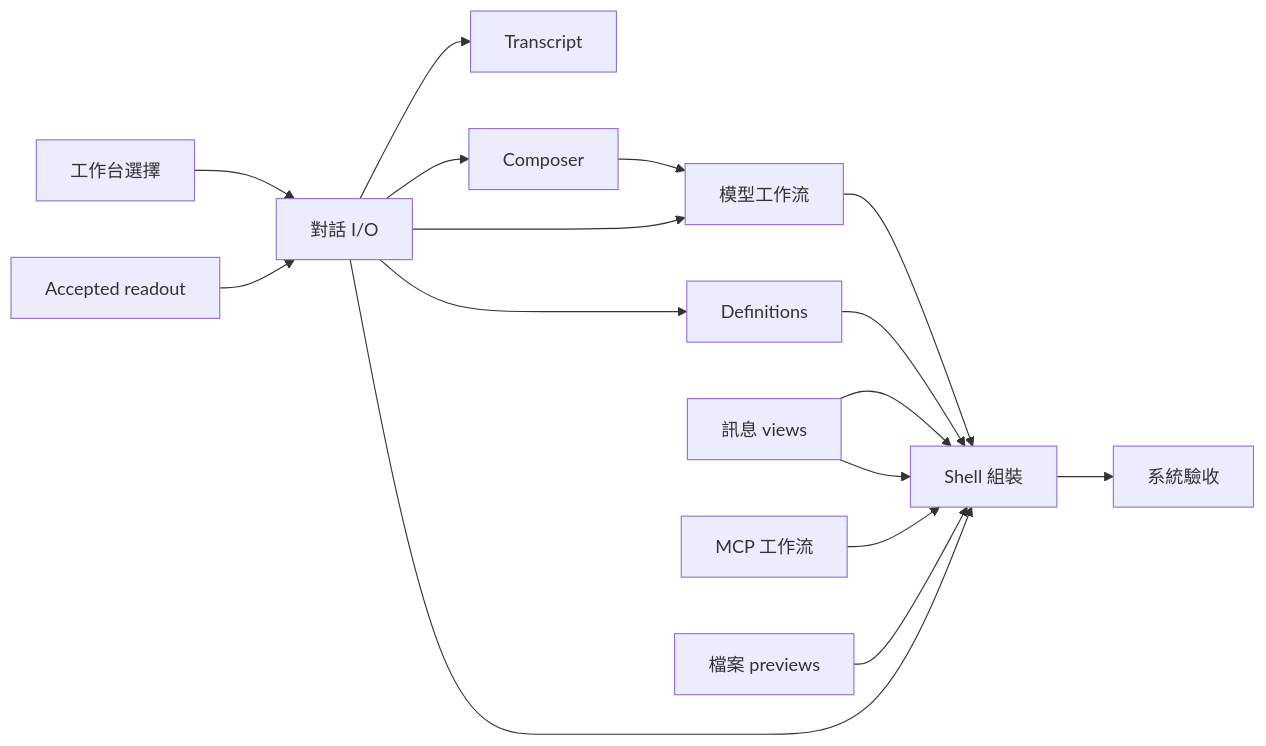
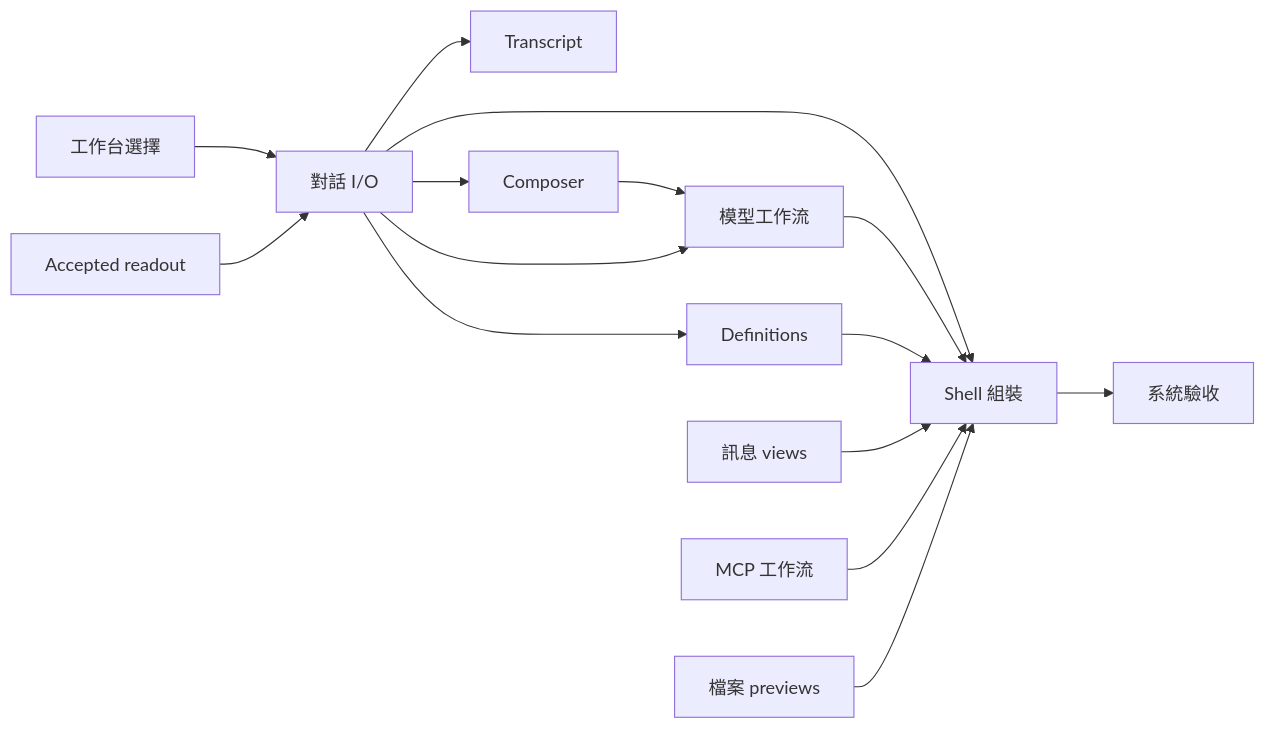
The diagram in .scratch/ui-architecture-refactor/ticket-plan.md (hheei/hepi-harness), drawn with Mermaid before and after one commit. The commit also changed 1 other file, not shown here.

Commit message:
docs: record parallel message-view worker

````diff
--- a/.scratch/ui-architecture-refactor/ticket-plan.md
+++ b/.scratch/ui-architecture-refactor/ticket-plan.md
@@ -30,18 +30,18 @@
 ```mermaid
 flowchart LR
   A[工作台選擇] --> C[對話 I/O]
   B[Accepted readout] --> C
   C --> D[Transcript]
   C --> E[Composer]
   E --> F[模型工作流]
   C --> F
   C --> H[Definitions]
-  I[訊息 views] --> K
+  I[訊息 views]
   C --> K[Shell 組裝]
   F --> K
   H --> K
   I --> K
   G[MCP 工作流] --> K
   J[檔案 previews] --> K
   K --> L[系統驗收]
 ```
````
